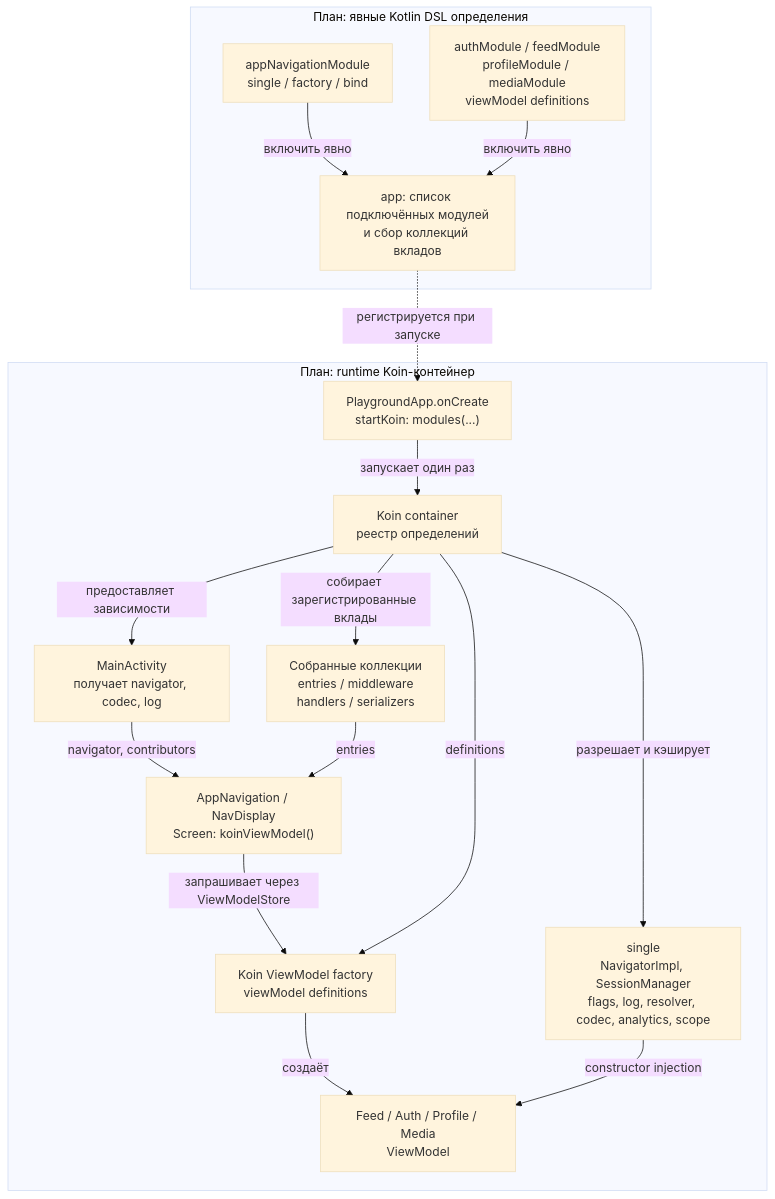
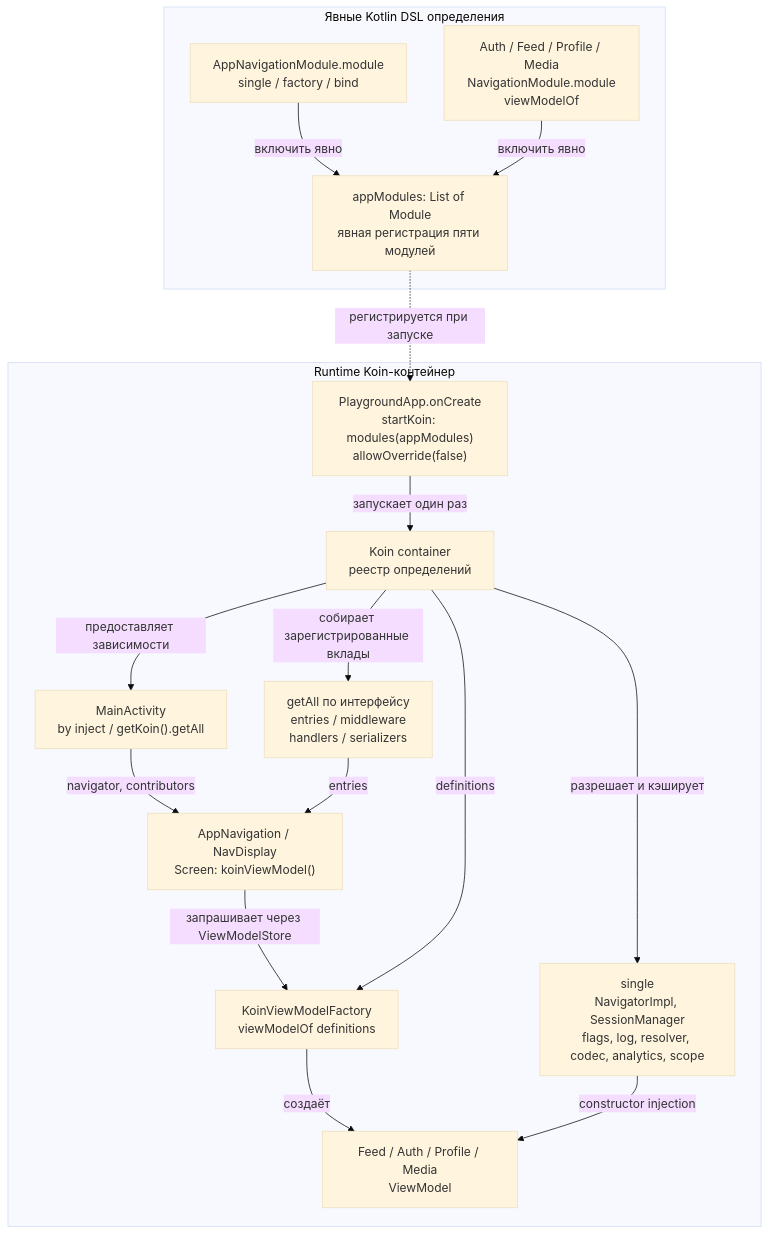
The diagram in docs/di/koin.md (akma302/NavPlayground), drawn with Mermaid (base theme) before and after one commit. The commit also changed other lines of this file and 5 other files, not shown here.

````diff
--- a/docs/di/koin.md
+++ b/docs/di/koin.md
@@ -6,31 +6,31 @@
 ```mermaid
 flowchart TB
-    subgraph Definitions["План: явные Kotlin DSL определения"]
-        AppModule["appNavigationModule<br/>single / factory / bind"]
-        Features["authModule / feedModule<br/>profileModule / mediaModule<br/>viewModel definitions"]
-        Wiring["app: список подключённых модулей<br/>и сбор коллекций вкладов"]
+    subgraph Definitions["Явные Kotlin DSL определения"]
+        AppModule["AppNavigationModule.module<br/>single / factory / bind"]
+        Features["Auth / Feed / Profile / Media<br/>NavigationModule.module<br/>viewModelOf"]
+        Wiring["appModules: List of Module<br/>явная регистрация пяти модулей"]
         AppModule -->|включить явно| Wiring
         Features -->|включить явно| Wiring
     end
-    subgraph Runtime["План: runtime Koin-контейнер"]
-        App["PlaygroundApp.onCreate<br/>startKoin: modules(...)"]
+    subgraph Runtime["Runtime Koin-контейнер"]
+        App["PlaygroundApp.onCreate<br/>startKoin: modules(appModules)<br/>allowOverride(false)"]
         Container["Koin container<br/>реестр определений"]
         Shared["single<br/>NavigatorImpl, SessionManager<br/>flags, log, resolver, codec, analytics, scope"]
-        Collections["Собранные коллекции<br/>entries / middleware<br/>handlers / serializers"]
-        Activity["MainActivity<br/>получает navigator, codec, log"]
+        Collections["getAll по интерфейсу<br/>entries / middleware<br/>handlers / serializers"]
+        Activity["MainActivity<br/>by inject / getKoin().getAll"]
         Nav["AppNavigation / NavDisplay<br/>Screen: koinViewModel()"]
-        Factory["Koin ViewModel factory<br/>viewModel definitions"]
+        Factory["KoinViewModelFactory<br/>viewModelOf definitions"]
         VM["Feed / Auth / Profile / Media<br/>ViewModel"]
         App -->|запускает один раз| Container
         Container -->|разрешает и кэширует| Shared
         Container -->|собирает зарегистрированные вклады| Collections
         Container -->|предоставляет зависимости| Activity
         Activity -->|navigator, contributors| Nav
         Collections -->|entries| Nav
         Nav -->|запрашивает через ViewModelStore| Factory
         Container -->|definitions| Factory
         Factory -->|создаёт| VM
         Shared -->|constructor injection| VM
     end
     Wiring -.->|регистрируется при запуске| App
 ```
````
